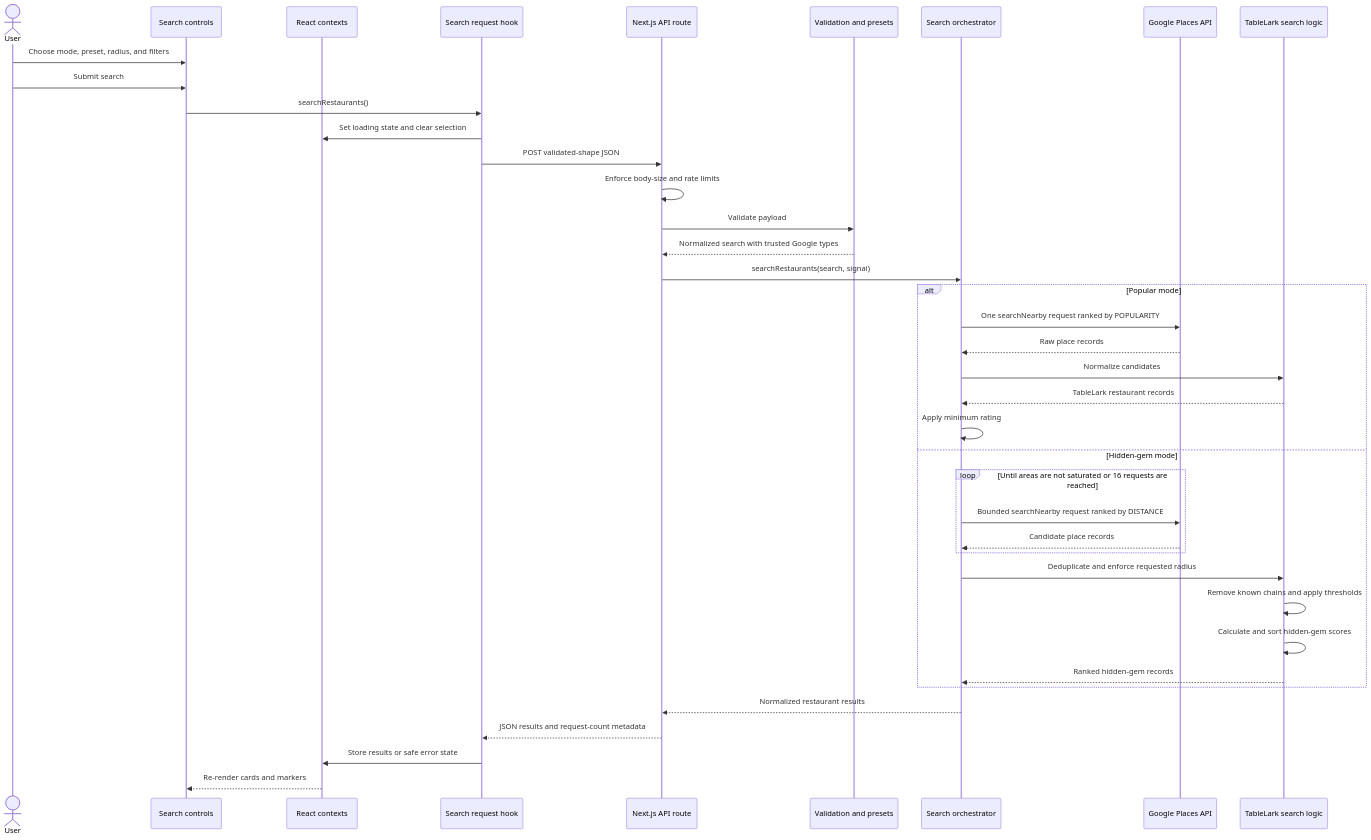
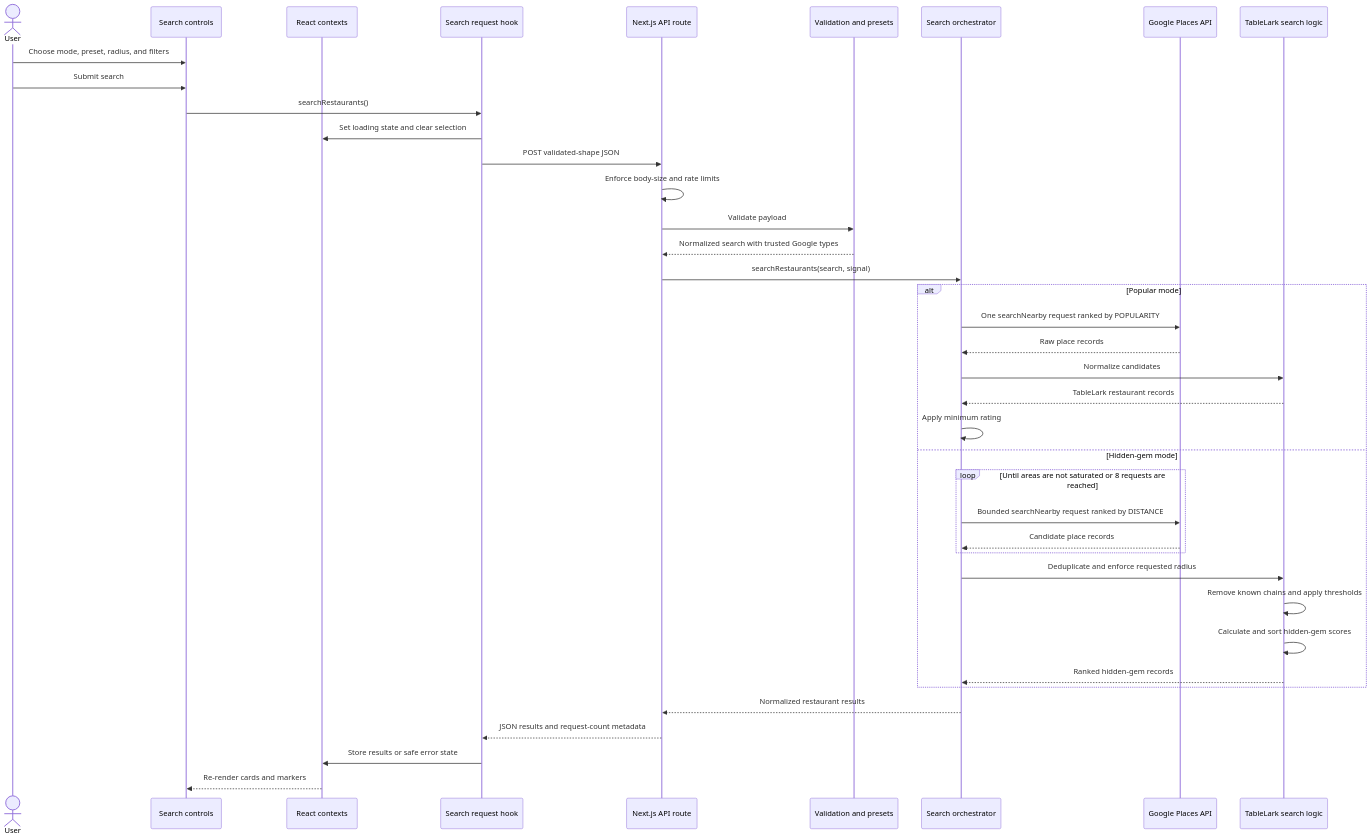
Before and after one commit to SilasCAshton/TableLark: the second of 2 diagrams in docs/ARCHITECTURE.md, drawn with Mermaid. The commit also changed other lines of this file and 5 other files, not shown here.

````diff
--- a/docs/ARCHITECTURE.md
+++ b/docs/ARCHITECTURE.md
@@ -105,44 +105,44 @@
 ```mermaid
 sequenceDiagram
     actor User
     participant Controls as Search controls
     participant Context as React contexts
     participant Hook as Search request hook
     participant Route as Next.js API route
     participant Validator as Validation and presets
     participant Search as Search orchestrator
     participant Places as Google Places API
     participant Logic as TableLark search logic
 
     User->>Controls: Choose mode, preset, radius, and filters
     User->>Controls: Submit search
     Controls->>Hook: searchRestaurants()
     Hook->>Context: Set loading state and clear selection
     Hook->>Route: POST validated-shape JSON
     Route->>Route: Enforce body-size and rate limits
     Route->>Validator: Validate payload
     Validator-->>Route: Normalized search with trusted Google types
     Route->>Search: searchRestaurants(search, signal)
 
     alt Popular mode
         Search->>Places: One searchNearby request ranked by POPULARITY
         Places-->>Search: Raw place records
         Search->>Logic: Normalize candidates
         Logic-->>Search: TableLark restaurant records
         Search->>Search: Apply minimum rating
     else Hidden-gem mode
-        loop Until areas are not saturated or 16 requests are reached
+        loop Until areas are not saturated or 8 requests are reached
             Search->>Places: Bounded searchNearby request ranked by DISTANCE
             Places-->>Search: Candidate place records
         end
         Search->>Logic: Deduplicate and enforce requested radius
         Logic->>Logic: Remove known chains and apply thresholds
         Logic->>Logic: Calculate and sort hidden-gem scores
         Logic-->>Search: Ranked hidden-gem records
     end
 
     Search-->>Route: Normalized restaurant results
     Route-->>Hook: JSON results and request-count metadata
     Hook->>Context: Store results or safe error state
     Context-->>Controls: Re-render cards and markers
 ```
````
